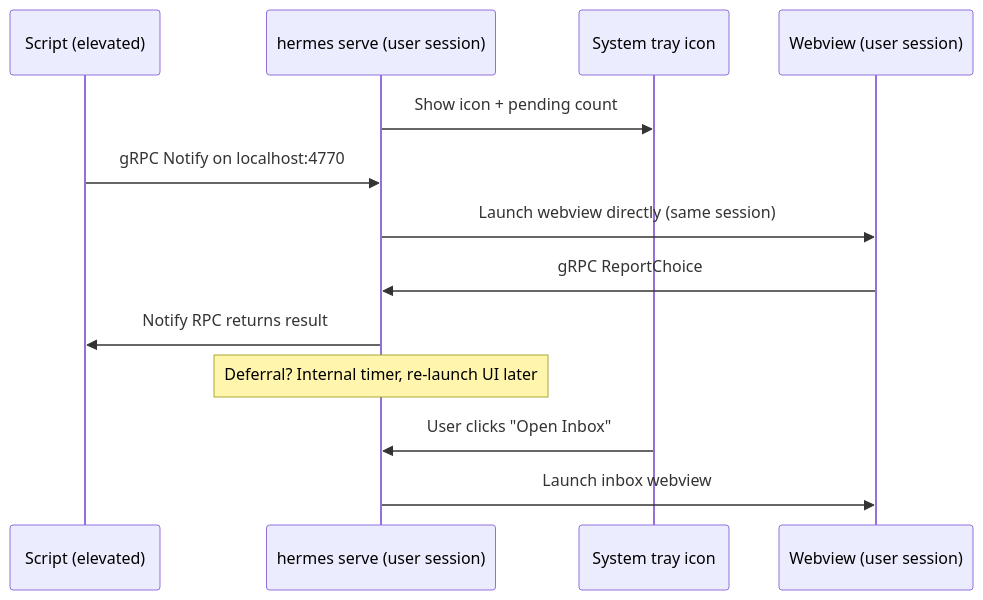
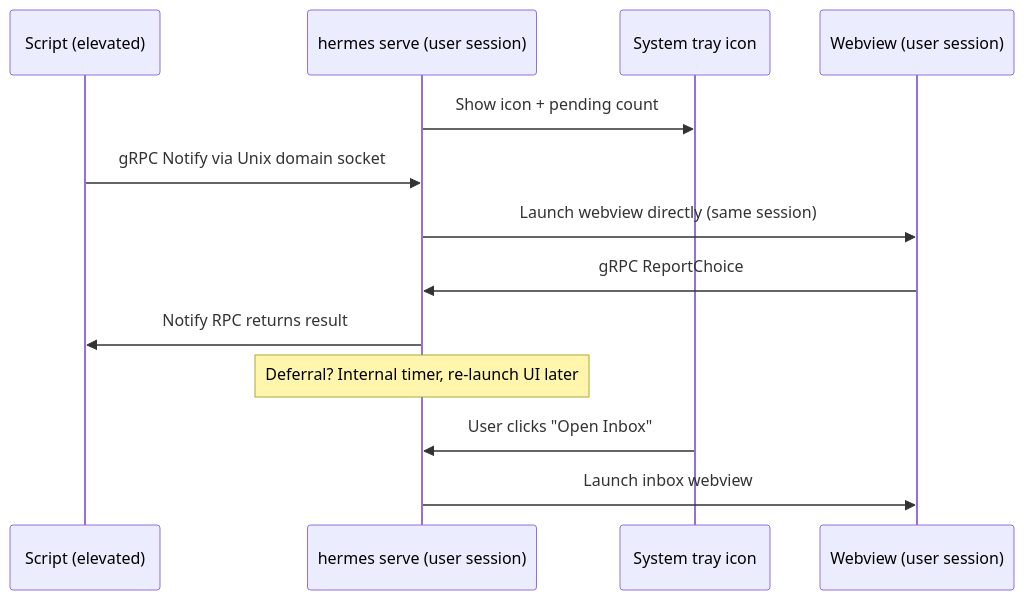
The diagram in docs/architecture.md (TsekNet/hermes), drawn with Mermaid before and after one commit. The commit also changed other lines of this file and 22 other files, not shown here.

First line of the commit message:
feat: Replace TCP transport with Unix domain sockets

````diff
--- a/docs/architecture.md
+++ b/docs/architecture.md
@@ -25,16 +25,16 @@
 ```mermaid
 sequenceDiagram
     participant Script as Script (elevated)
     participant Service as hermes serve (user session)
     participant Tray as System tray icon
     participant UI as Webview (user session)
 
     Service->>Tray: Show icon + pending count
-    Script->>Service: gRPC Notify on localhost:4770
+    Script->>Service: gRPC Notify via Unix domain socket
     Service->>UI: Launch webview directly (same session)
     UI->>Service: gRPC ReportChoice
     Service->>Script: Notify RPC returns result
     Note over Service: Deferral? Internal timer, re-launch UI later
     Tray->>Service: User clicks "Open Inbox"
     Service->>UI: Launch inbox webview
 ```
````
